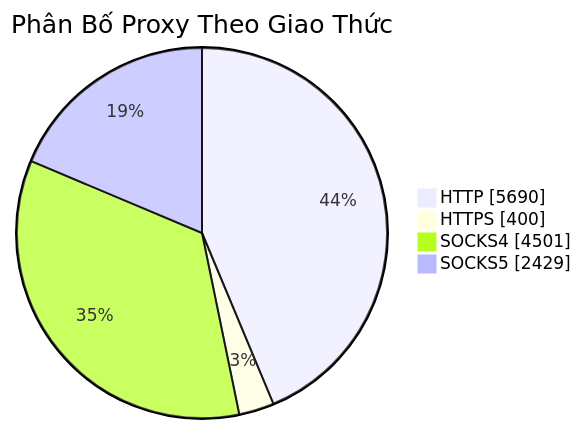
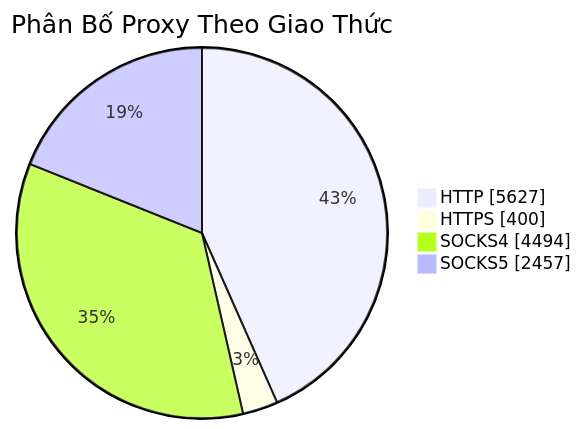
One commit to Ciara-Aa/PROXY-free changed the diagram in README.md. Above: the diagram before and after it, drawn with Mermaid. The commit also changed other lines of this file and 4 other files, not shown here.

````diff
--- a/README.md
+++ b/README.md
@@ -26,7 +26,7 @@
 ```mermaid
 pie showData title Phân Bố Proxy Theo Giao Thức
-    "HTTP" : 5690
+    "HTTP" : 5627
     "HTTPS" : 400
-    "SOCKS4" : 4501
-    "SOCKS5" : 2429
+    "SOCKS4" : 4494
+    "SOCKS5" : 2457
 ```
````
